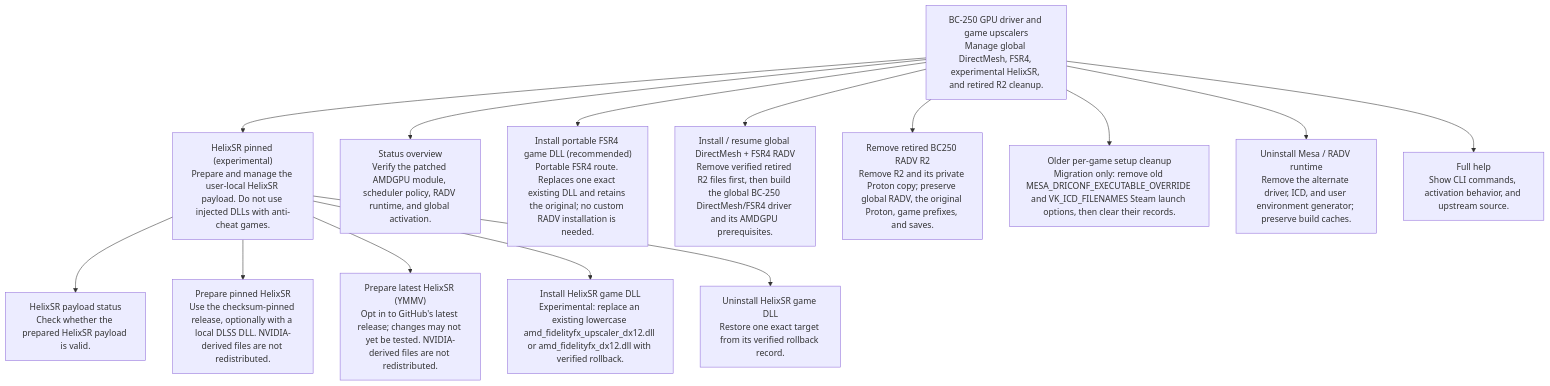
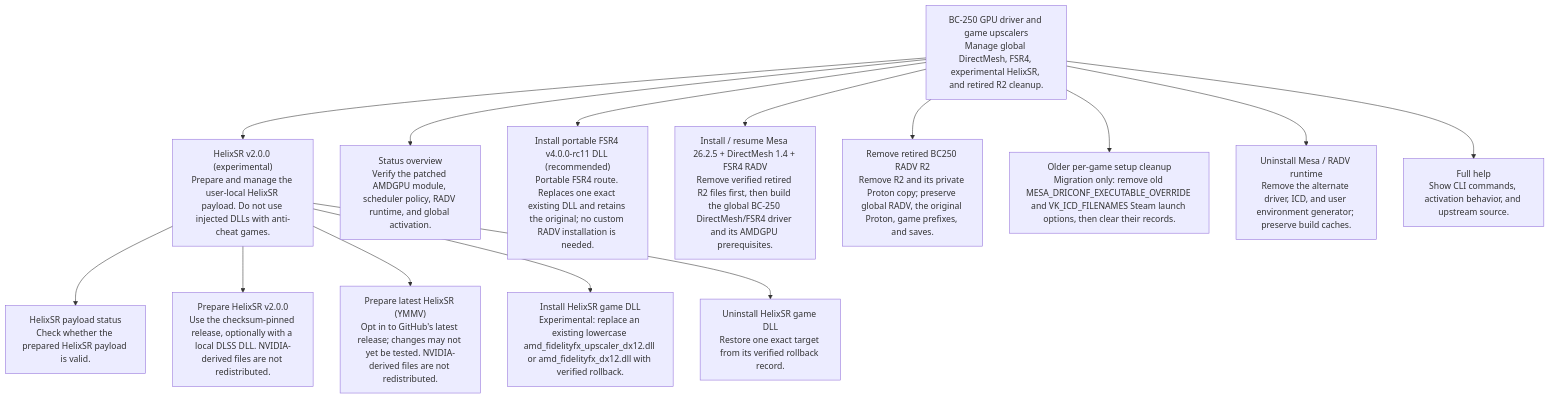
Before and after one commit to keyboardspecialist/bc250-steamos: the diagram in menus/mesh-shader.mmd, drawn with Mermaid. The commit also changed 53 other files, not shown here.

```diff
--- a/menus/mesh-shader.mmd
+++ b/menus/mesh-shader.mmd
@@ -1,32 +1,32 @@
 %% menu-flow-v1
 flowchart TD
 
 menu__root["BC-250 GPU driver and game upscalers<br/>Manage global DirectMesh, FSR4, experimental HelixSR, and retired R2 cleanup."]:::root
-menu__helixsr["HelixSR pinned (experimental)<br/>Prepare and manage the user-local HelixSR payload. Do not use injected DLLs with anti-cheat games."]:::menu
+menu__helixsr["HelixSR v2.0.0 (experimental)<br/>Prepare and manage the user-local HelixSR payload. Do not use injected DLLs with anti-cheat games."]:::menu
 action__status["Status overview<br/>Verify the patched AMDGPU module, scheduler policy, RADV runtime, and global activation."]:::read_only
-action__fsr4_dll["Install portable FSR4 game DLL (recommended)<br/>Portable FSR4 route. Replaces one exact existing DLL and retains the original; no custom RADV installation is needed."]:::install
+action__fsr4_dll["Install portable FSR4 v4.0.0-rc11 DLL (recommended)<br/>Portable FSR4 route. Replaces one exact existing DLL and retains the original; no custom RADV installation is needed."]:::install
 action__helixsr_status["HelixSR payload status<br/>Check whether the prepared HelixSR payload is valid."]:::read_only
-action__helixsr_prepare["Prepare pinned HelixSR<br/>Use the checksum-pinned release, optionally with a local DLSS DLL. NVIDIA-derived files are not redistributed."]:::experimental
+action__helixsr_prepare["Prepare HelixSR v2.0.0<br/>Use the checksum-pinned release, optionally with a local DLSS DLL. NVIDIA-derived files are not redistributed."]:::experimental
 action__helixsr_prepare_latest["Prepare latest HelixSR (YMMV)<br/>Opt in to GitHub's latest release; changes may not yet be tested. NVIDIA-derived files are not redistributed."]:::experimental
 action__helixsr_install["Install HelixSR game DLL<br/>Experimental: replace an existing lowercase amd_fidelityfx_upscaler_dx12.dll or amd_fidelityfx_dx12.dll with verified rollback."]:::experimental
 action__helixsr_uninstall["Uninstall HelixSR game DLL<br/>Restore one exact target from its verified rollback record."]:::cleanup
-action__setup["Install / resume global DirectMesh + FSR4 RADV<br/>Remove verified retired R2 files first, then build the global BC-250 DirectMesh/FSR4 driver and its AMDGPU prerequisites."]:::install
+action__setup["Install / resume Mesa 26.2.5 + DirectMesh 1.4 + FSR4 RADV<br/>Remove verified retired R2 files first, then build the global BC-250 DirectMesh/FSR4 driver and its AMDGPU prerequisites."]:::install
 action__native_mesh_remove["Remove retired BC250 RADV R2<br/>Remove R2 and its private Proton copy; preserve global RADV, the original Proton, game prefixes, and saves."]:::cleanup
 action__legacy_cleanup["Older per-game setup cleanup<br/>Migration only: remove old MESA_DRICONF_EXECUTABLE_OVERRIDE and VK_ICD_FILENAMES Steam launch options, then clear their records."]:::cleanup
 action__uninstall["Uninstall Mesa / RADV runtime<br/>Remove the alternate driver, ICD, and user environment generator; preserve build caches."]:::cleanup
 action__help["Full help<br/>Show CLI commands, activation behavior, and upstream source."]:::read_only
 
 menu__root --> action__status
 menu__root --> action__fsr4_dll
 menu__root --> menu__helixsr
 menu__root --> action__setup
 menu__root --> action__native_mesh_remove
 menu__root --> action__legacy_cleanup
 menu__root --> action__uninstall
 menu__root --> action__help
 
 menu__helixsr --> action__helixsr_status
 menu__helixsr --> action__helixsr_prepare
 menu__helixsr --> action__helixsr_prepare_latest
 menu__helixsr --> action__helixsr_install
 menu__helixsr --> action__helixsr_uninstall
```
